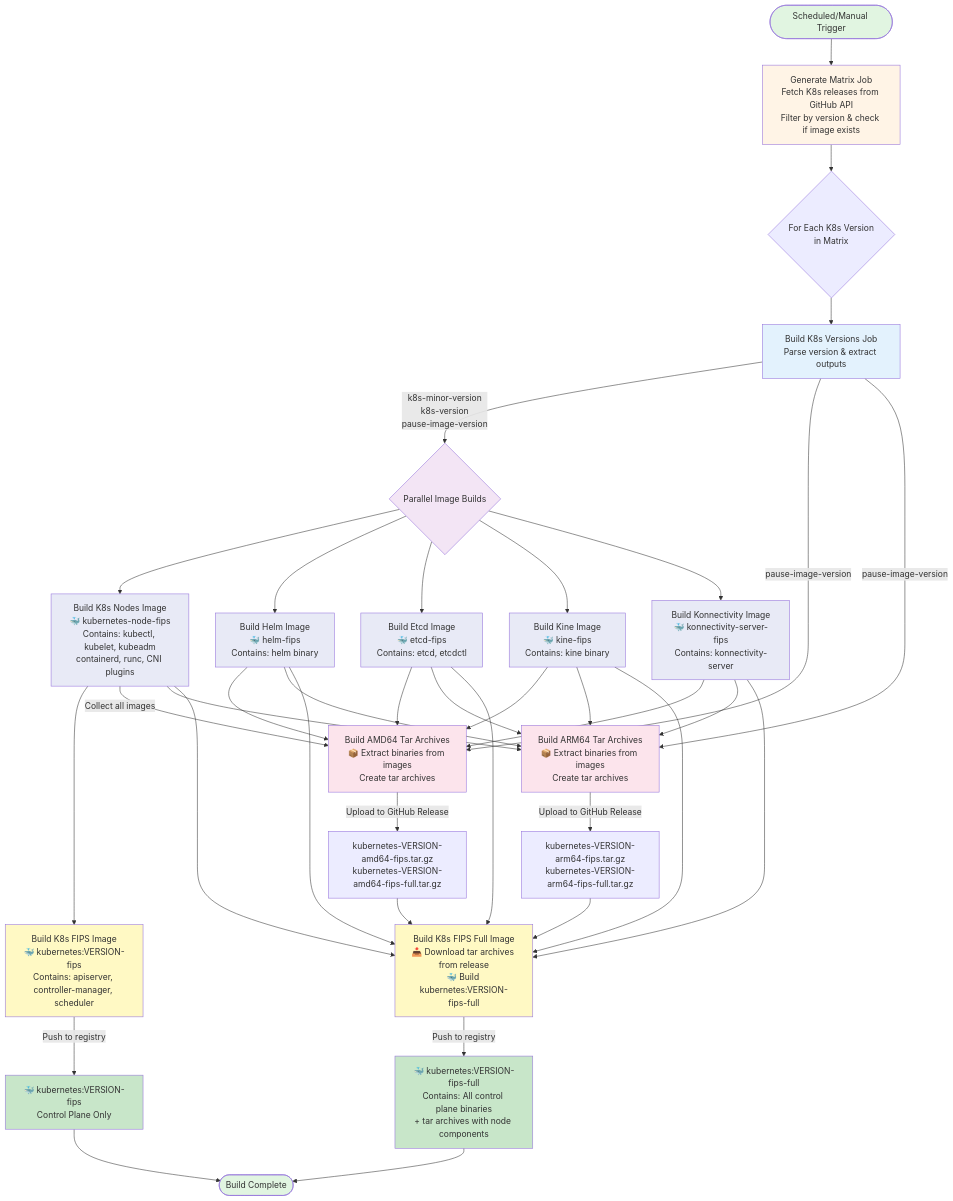
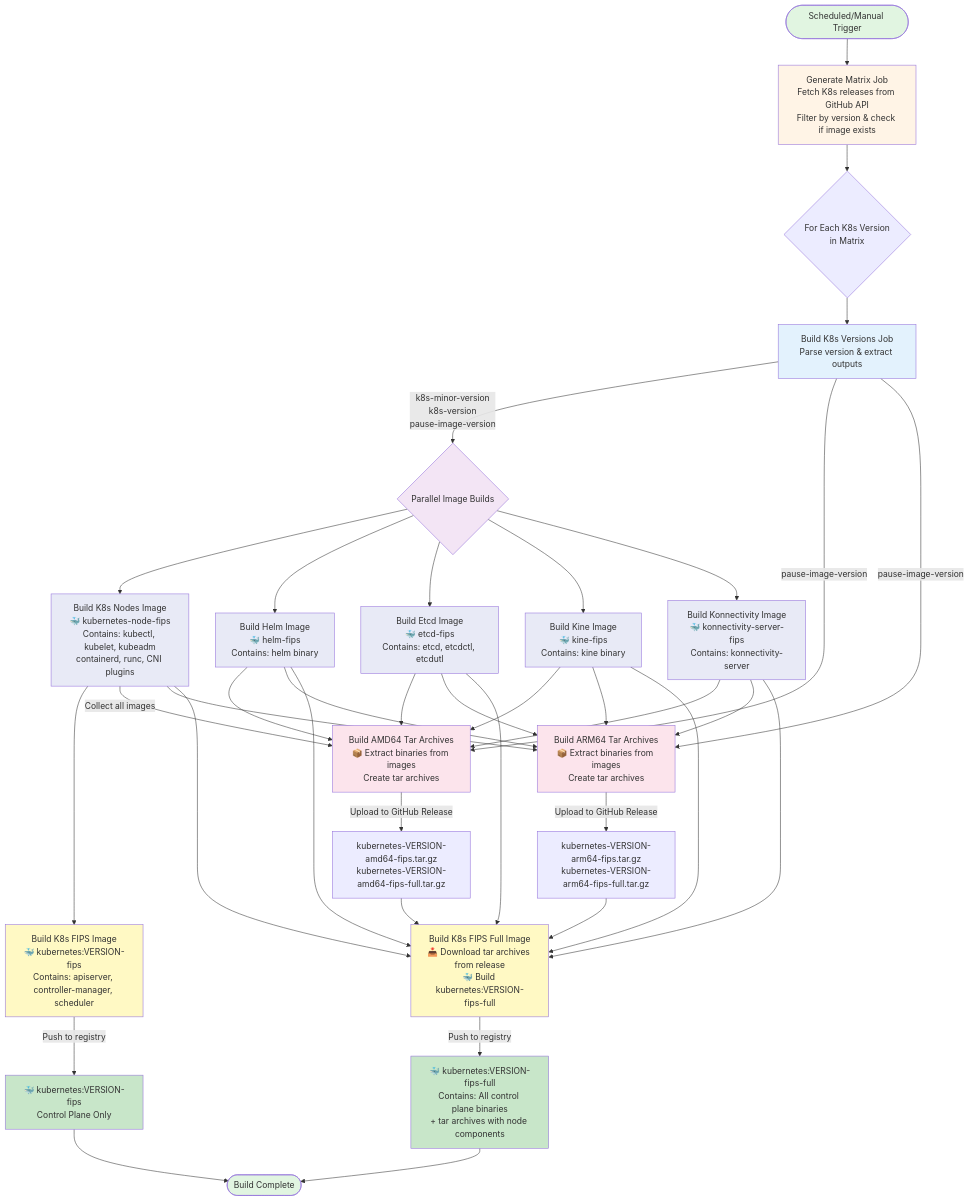
Before and after one commit to loft-sh/kubernetes: the diagram in fips.md, drawn with Mermaid. The commit also changed 5 other files, not shown here.

````diff
--- a/fips.md
+++ b/fips.md
@@ -11,67 +11,67 @@
 ```mermaid
 graph TB
     Start([Scheduled/Manual Trigger]) --> GenerateMatrix[Generate Matrix Job<br/>Fetch K8s releases from GitHub API<br/>Filter by version & check if image exists]
     
     GenerateMatrix --> BuildVersions{For Each K8s Version<br/>in Matrix}
     
     BuildVersions --> BuildK8sVersions[Build K8s Versions Job<br/>Parse version & extract outputs]
     
     BuildK8sVersions --> |k8s-minor-version<br/>k8s-version<br/>pause-image-version| ParallelBuilds{Parallel Image Builds}
     
     ParallelBuilds --> BuildK8sNodes[Build K8s Nodes Image<br/>🐳 kubernetes-node-fips<br/>Contains: kubectl, kubelet, kubeadm<br/>containerd, runc, CNI plugins]
     ParallelBuilds --> BuildHelm[Build Helm Image<br/>🐳 helm-fips<br/>Contains: helm binary]
-    ParallelBuilds --> BuildEtcd[Build Etcd Image<br/>🐳 etcd-fips<br/>Contains: etcd, etcdctl]
+    ParallelBuilds --> BuildEtcd[Build Etcd Image<br/>🐳 etcd-fips<br/>Contains: etcd, etcdctl, etcdutl]
     ParallelBuilds --> BuildKine[Build Kine Image<br/>🐳 kine-fips<br/>Contains: kine binary]
     ParallelBuilds --> BuildKonnectivity[Build Konnectivity Image<br/>🐳 konnectivity-server-fips<br/>Contains: konnectivity-server]
     
     BuildK8sNodes --> BuildK8sFips[Build K8s FIPS Image<br/>🐳 kubernetes:VERSION-fips<br/>Contains: apiserver, controller-manager, scheduler]
     
     BuildK8sNodes --> |Collect all images| BuildAmd64Tar[Build AMD64 Tar Archives<br/>📦 Extract binaries from images<br/>Create tar archives]
     BuildHelm --> BuildAmd64Tar
     BuildEtcd --> BuildAmd64Tar
     BuildKine --> BuildAmd64Tar
     BuildKonnectivity --> BuildAmd64Tar
     BuildK8sVersions --> |pause-image-version| BuildAmd64Tar
     
     BuildK8sNodes --> BuildArm64Tar[Build ARM64 Tar Archives<br/>📦 Extract binaries from images<br/>Create tar archives]
     BuildHelm --> BuildArm64Tar
     BuildEtcd --> BuildArm64Tar
     BuildKine --> BuildArm64Tar
     BuildKonnectivity --> BuildArm64Tar
     BuildK8sVersions --> |pause-image-version| BuildArm64Tar
     
     BuildAmd64Tar --> |Upload to GitHub Release| TarUploaded1[kubernetes-VERSION-amd64-fips.tar.gz<br/>kubernetes-VERSION-amd64-fips-full.tar.gz]
     BuildArm64Tar --> |Upload to GitHub Release| TarUploaded2[kubernetes-VERSION-arm64-fips.tar.gz<br/>kubernetes-VERSION-arm64-fips-full.tar.gz]
     
     TarUploaded1 --> BuildFullImage[Build K8s FIPS Full Image<br/>📥 Download tar archives from release<br/>🐳 Build kubernetes:VERSION-fips-full]
     TarUploaded2 --> BuildFullImage
     BuildK8sNodes --> BuildFullImage
     BuildHelm --> BuildFullImage
     BuildEtcd --> BuildFullImage
     BuildKine --> BuildFullImage
     BuildKonnectivity --> BuildFullImage
     
     BuildFullImage --> |Push to registry| FinalImage[🐳 kubernetes:VERSION-fips-full<br/>Contains: All control plane binaries<br/>+ tar archives with node components]
     
     BuildK8sFips --> |Push to registry| CPImage[🐳 kubernetes:VERSION-fips<br/>Control Plane Only]
     
     FinalImage --> End([Build Complete])
     CPImage --> End
     
     style Start fill:#e1f5e1
     style End fill:#e1f5e1
     style GenerateMatrix fill:#fff4e6
     style BuildK8sVersions fill:#e3f2fd
     style ParallelBuilds fill:#f3e5f5
     style BuildK8sNodes fill:#e8eaf6
     style BuildHelm fill:#e8eaf6
     style BuildEtcd fill:#e8eaf6
     style BuildKine fill:#e8eaf6
     style BuildKonnectivity fill:#e8eaf6
     style BuildK8sFips fill:#fff9c4
     style BuildAmd64Tar fill:#fce4ec
     style BuildArm64Tar fill:#fce4ec
     style BuildFullImage fill:#fff9c4
     style FinalImage fill:#c8e6c9
     style CPImage fill:#c8e6c9
 ```
````
